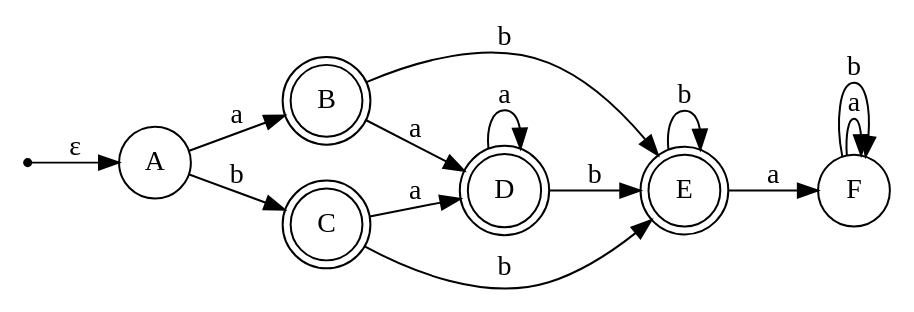
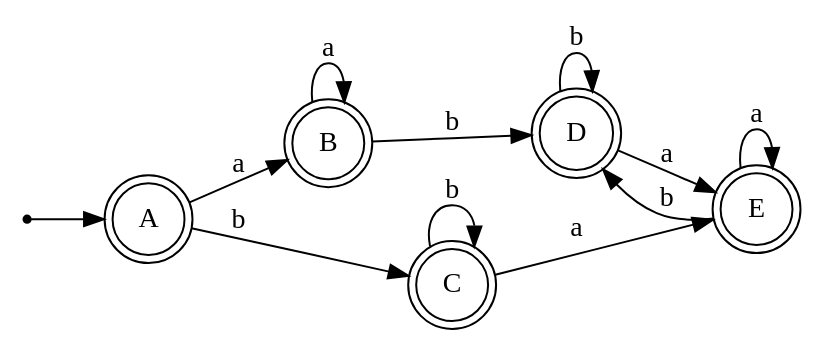
One commit to DiggsPapu/TeoriaComputacion changed the diagram in Graphs/AFD/afd1.dot. Above: the diagram before and after it, drawn with Graphviz. The commit also changed 34 other files, not shown here.

```diff
--- a/Graphs/AFD/afd1.dot
+++ b/Graphs/AFD/afd1.dot
@@ -1,23 +1,21 @@
 digraph AFD{
 node [shape=circle];
 rankdir=LR;
-init [label="", shape=point];
+A[shape=doublecircle] [label="A"];
 B[shape=doublecircle] [label="B"];
 C[shape=doublecircle] [label="C"];
 D[shape=doublecircle] [label="D"];
 E[shape=doublecircle] [label="E"];
-F [label="F"];
-init->A[label="ε"];
+init [label="", shape=point];
+init->A;
 A->B[label="a"];
 A->C[label="b"];
-B->D[label="a"];
-B->E[label="b"];
-C->D[label="a"];
-C->E[label="b"];
-D->D[label="a"];
-D->E[label="b"];
-E->F[label="a"];
-E->E[label="b"];
-F->F[label="a"];
-F->F[label="b"];
+B->B[label="a"];
+B->D[label="b"];
+C->E[label="a"];
+C->C[label="b"];
+D->E[label="a"];
+D->D[label="b"];
+E->E[label="a"];
+E->D[label="b"];
 }
```
